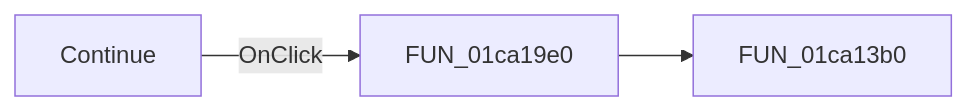
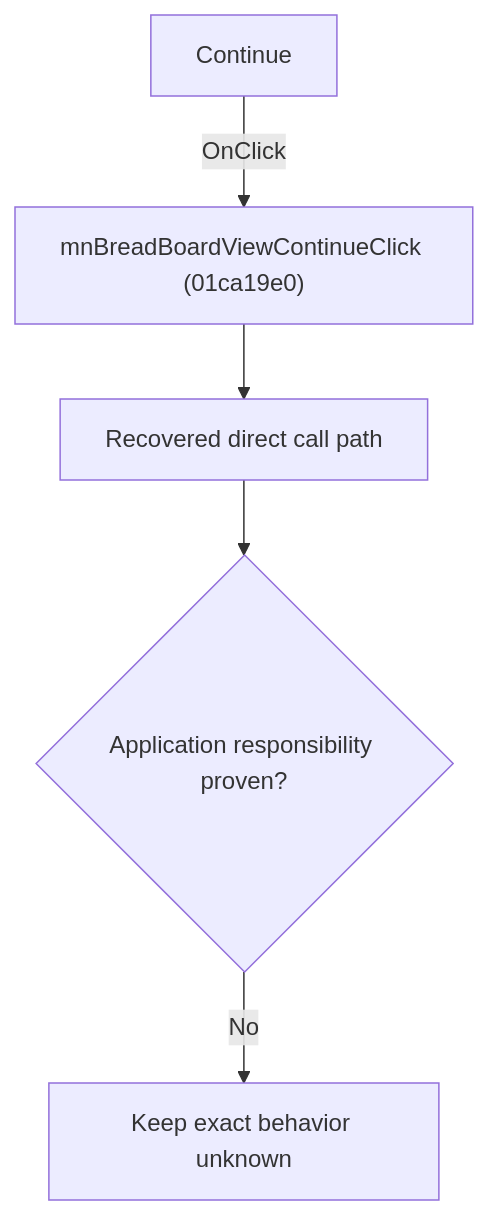
Before and after one commit to MovGP0/TIARA: the diagram in docs/ui-controls/schematiceditor/mnbreadboardviewcontinue-1f4e552fb6.md, drawn with Mermaid. The commit also changed other lines of this file and 1062 other files, not shown here.

````diff
--- a/docs/ui-controls/schematiceditor/mnbreadboardviewcontinue-1f4e552fb6.md
+++ b/docs/ui-controls/schematiceditor/mnbreadboardviewcontinue-1f4e552fb6.md
@@ -27,5 +27,7 @@
 ```mermaid
-flowchart LR
-    control["Continue"] -->|OnClick| handler["FUN_01ca19e0"]
-    handler --> call1["FUN_01ca13b0"]
+flowchart TD
+    control["Continue"] -->|"OnClick"| handler["mnBreadBoardViewContinueClick (01ca19e0)"]
+    handler --> recovered["Recovered direct call path"]
+    recovered --> gap{"Application responsibility proven?"}
+    gap -->|"No"| blocked["Keep exact behavior unknown"]
 ```
````
